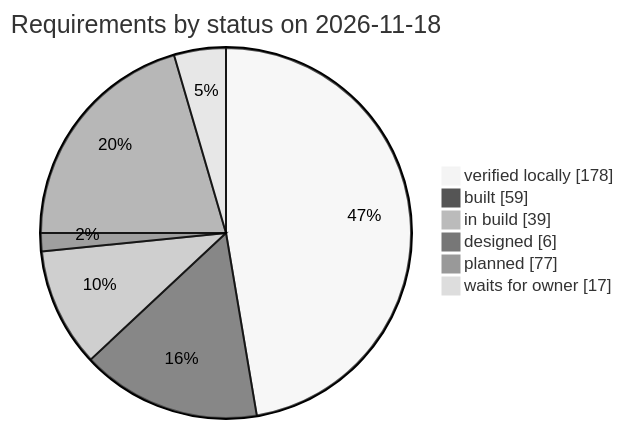
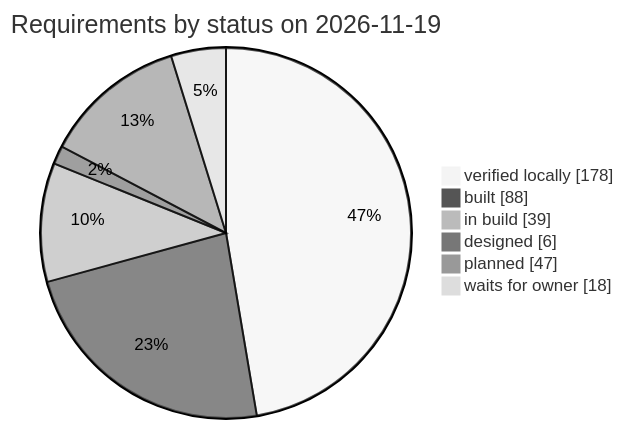
Before and after one commit to qa-io-vn/fnb-manager: the third of 3 diagrams in docs/requirements.md, drawn with Mermaid (neutral theme). The commit also changed other lines of this file and 12 other files, not shown here.

````diff
--- a/docs/requirements.md
+++ b/docs/requirements.md
@@ -993,10 +1005,10 @@
 ```mermaid
 pie showData
-    title Requirements by status on 2026-11-18
+    title Requirements by status on 2026-11-19
     "verified locally" : 178
-    "built" : 59
+    "built" : 88
     "in build" : 39
     "designed" : 6
-    "planned" : 77
-    "waits for owner" : 17
+    "planned" : 47
+    "waits for owner" : 18
 ```
````
